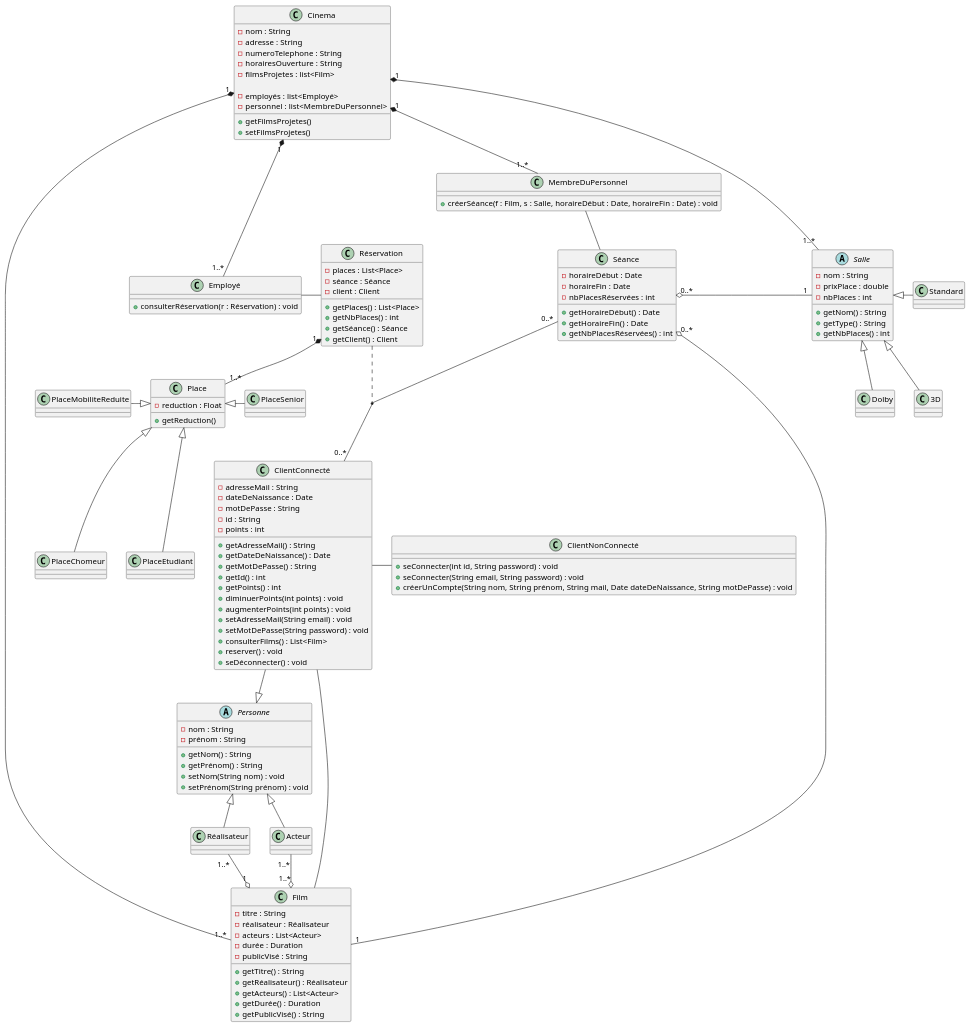
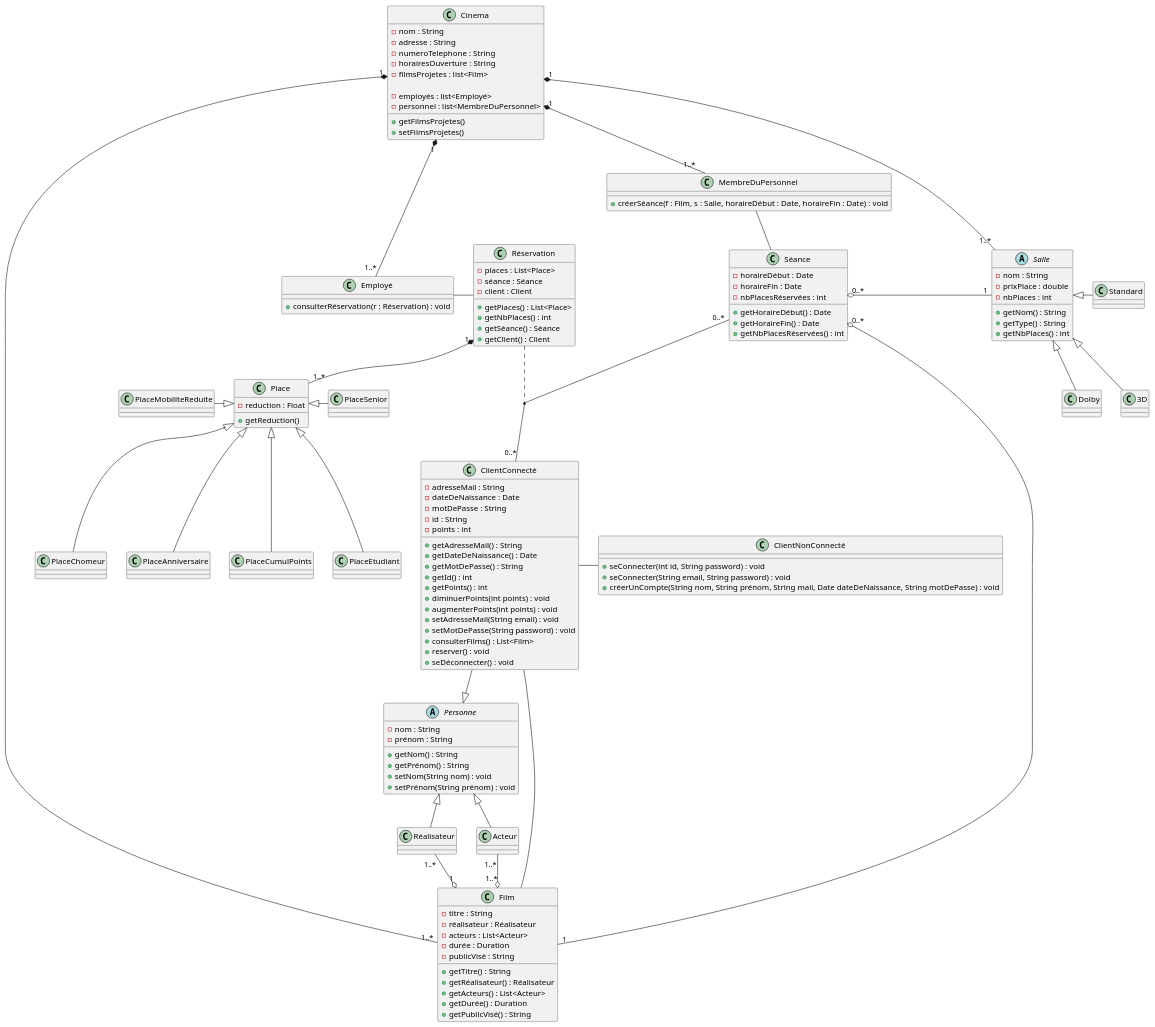
Before and after one commit to AquaBx/omd-tp-1: the diagram in uml/code/3-diagrammeClasses.puml, drawn with PlantUML. The commit also changed 5 other files, not shown here.

```diff
--- a/uml/code/3-diagrammeClasses.puml
+++ b/uml/code/3-diagrammeClasses.puml
@@ -1,153 +1,156 @@
 @startuml Classes
 class Acteur {
 }
 
 class Réalisateur {
 }
 
 abstract class Personne {
     - nom : String
     - prénom : String
     + getNom() : String
     + getPrénom() : String
     + setNom(String nom) : void
     + setPrénom(String prénom) : void
 }
 
 class Film {
     - titre : String
     - réalisateur : Réalisateur
     - acteurs : List<Acteur>
     - durée : Duration
     - publicVisé : String
     + getTitre() : String
     + getRéalisateur() : Réalisateur
     + getActeurs() : List<Acteur>
     + getDurée() : Duration
     + getPublicVisé() : String
 }
 
 class ClientConnecté {
     - adresseMail : String
     - dateDeNaissance : Date
     - motDePasse : String
     - id : String
     - points : int
     + getAdresseMail() : String
     + getDateDeNaissance() : Date
     + getMotDePasse() : String
     + getId() : int
     + getPoints() : int
     + diminuerPoints(int points) : void
     + augmenterPoints(int points) : void
     + setAdresseMail(String email) : void
     + setMotDePasse(String password) : void
     + consulterFilms() : List<Film>
     + reserver() : void
     + seDéconnecter() : void
 }
 
 class ClientNonConnecté {
     + seConnecter(int id, String password) : void
     + seConnecter(String email, String password) : void
     + créerUnCompte(String nom, String prénom, String mail, Date dateDeNaissance, String motDePasse) : void
 }
 
 Personne <|-- Réalisateur
 Personne <|-- Acteur
 ClientConnecté --|> Personne
 
 class Employé {
     + consulterRéservation(r : Réservation) : void
 }
 
 class MembreDuPersonnel {
     + créerSéance(f : Film, s : Salle, horaireDébut : Date, horaireFin : Date) : void
 }
 
 abstract class Salle {
     - nom : String
     - prixPlace : double
     - nbPlaces : int
     + getNom() : String
     + getType() : String
     + getNbPlaces() : int
 }
 
 class Cinema {
     - nom : String
     - adresse : String
     - numeroTelephone : String
     - horairesOuverture : String
     - filmsProjetes : list<Film>
 
     - employés : list<Employé>
     - personnel : list<MembreDuPersonnel>
 
     + getFilmsProjetes()
     + setFilmsProjetes()
 }
 
 Salle <|-- Dolby
 Salle <|-- 3D
 Salle <|- Standard
 
 class Réservation {
     - places : List<Place>
     - séance : Séance
     - client : Client
 
     + getPlaces() : List<Place>
     + getNbPlaces() : int
     + getSéance() : Séance
     + getClient() : Client
 }
 
 class Place {
     - reduction : Float
     + getReduction()
 }
 class PlaceEtudiant {}
 class PlaceMobiliteReduite {}
 class PlaceChomeur {}
 class PlaceSenior {}
 
 Place <|-- PlaceEtudiant
 Place <|-- PlaceChomeur
 Place <|- PlaceSenior
 PlaceMobiliteReduite -|> Place
+Place <|-- PlaceAnniversaire
+Place <|-- PlaceCumulPoints
+
 
 class Séance {
     - horaireDébut : Date
     - horaireFin : Date
     - nbPlacesRéservées : int
 
     + getHoraireDébut() : Date
     + getHoraireFin() : Date
     + getNbPlacesRéservées() : int
 }
 
 Film "1" -o "0..*" Séance
 
 Acteur "1..*" --o "1..*" Film
 Réalisateur "1..*" --o "1" Film
 
 Cinema "1" *--- "1..*" Employé
 Cinema "1" *-- "1..*" Salle
 Cinema "1" *-- "1..*" Film
 Cinema  "1" *-- "1..*" MembreDuPersonnel
 
 Séance "0..*" o- "1" Salle
 
 MembreDuPersonnel -- Séance
 Employé - Réservation
 
 Séance "0..*" -- "0..*" ClientConnecté
 Réservation .. (ClientConnecté,Séance)
 
 ClientConnecté -- Film
 
 ClientConnecté - ClientNonConnecté
 
 Réservation "1" *-- "1..*" Place
 @enduml
```
